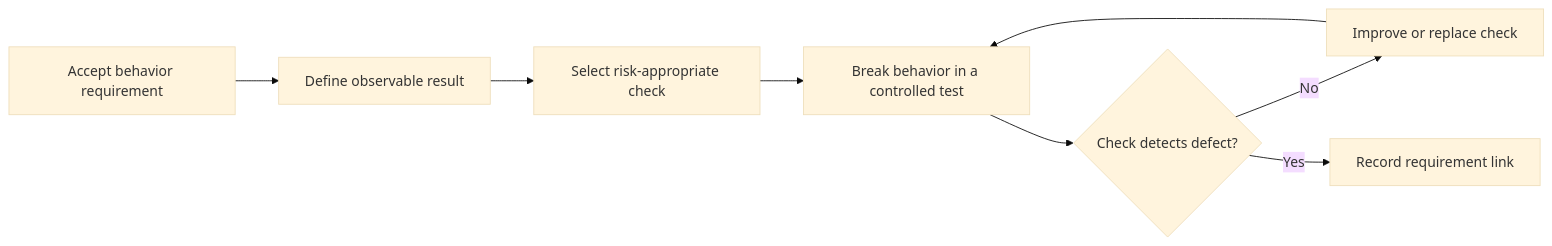
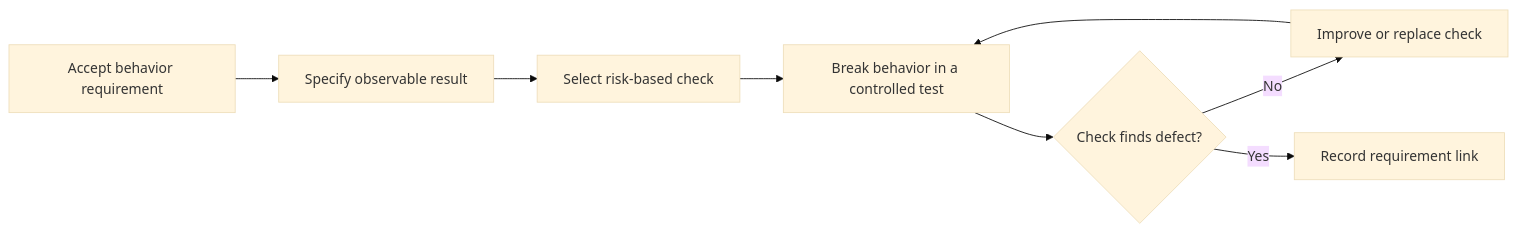
The diagram in docs/principles/details/p064-requirement-to-test-traceability.md (HomericIntelligence/Athena), drawn with Mermaid (base theme) before and after one commit. The commit also changed other lines of this file and 91 other files, not shown here.

````diff
--- a/docs/principles/details/p064-requirement-to-test-traceability.md
+++ b/docs/principles/details/p064-requirement-to-test-traceability.md
@@ -35,10 +35,10 @@
 ```mermaid
 flowchart LR
-    A["Accept behavior requirement"] --> B["Define observable result"]
-    B --> C["Select risk-appropriate check"]
+    A["Accept behavior requirement"] --> B["Specify observable result"]
+    B --> C["Select risk-based check"]
     C --> D["Break behavior in a controlled test"]
-    D --> E{"Check detects defect?"}
+    D --> E{"Check finds defect?"}
     E -- "No" --> F["Improve or replace check"]
     F --> D
     E -- "Yes" --> G["Record requirement link"]
 ```
````
